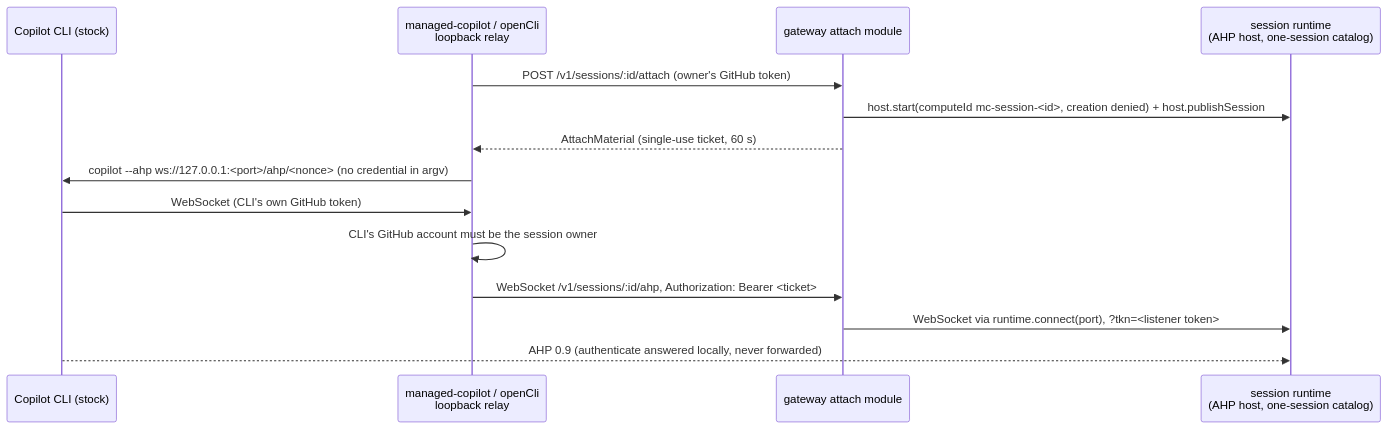
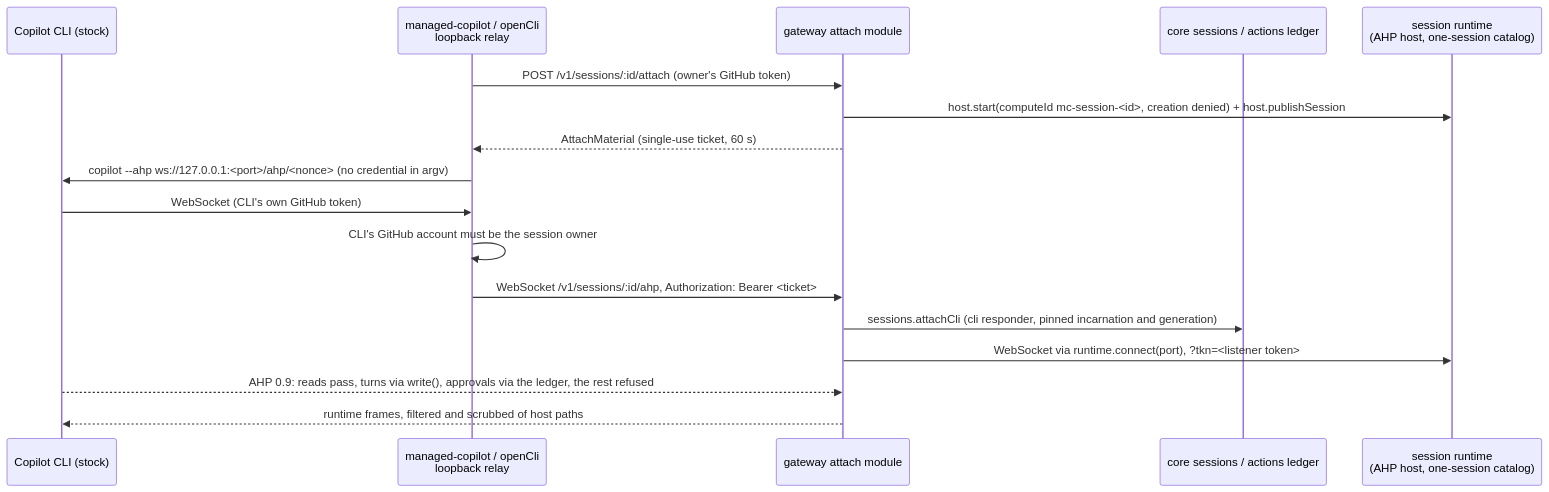
Before and after one commit to patniko/managed-copilot-sdk: the second of 2 diagrams in docs/architecture.md, drawn with Mermaid. The commit also changed other lines of this file, not shown here.

Commit message:
docs: attach as built (mediated CLI responder, policy, fencing participant, scrubbing, live verification)

````diff
--- a/docs/architecture.md
+++ b/docs/architecture.md
@@ -787,16 +787,19 @@
 ```mermaid
 sequenceDiagram
   participant CLI as Copilot CLI (stock)
   participant Relay as managed-copilot / openCli<br/>loopback relay
   participant GW as gateway attach module
+  participant Core as core sessions / actions ledger
   participant RT as session runtime<br/>(AHP host, one-session catalog)
   Relay->>GW: POST /v1/sessions/:id/attach (owner's GitHub token)
   GW->>RT: host.start(computeId mc-session-<id>, creation denied) + host.publishSession
   GW-->>Relay: AttachMaterial (single-use ticket, 60 s)
   Relay->>CLI: copilot --ahp ws://127.0.0.1:<port>/ahp/<nonce> (no credential in argv)
   CLI->>Relay: WebSocket (CLI's own GitHub token)
   Relay->>Relay: CLI's GitHub account must be the session owner
   Relay->>GW: WebSocket /v1/sessions/:id/ahp, Authorization: Bearer <ticket>
+  GW->>Core: sessions.attachCli (cli responder, pinned incarnation and generation)
   GW->>RT: WebSocket via runtime.connect(port), ?tkn=<listener token>
-  CLI-->>RT: AHP 0.9 (authenticate answered locally, never forwarded)
+  CLI-->>GW: AHP 0.9: reads pass, turns via write(), approvals via the ledger, the rest refused
+  GW-->>CLI: runtime frames, filtered and scrubbed of host paths
 ```
````
